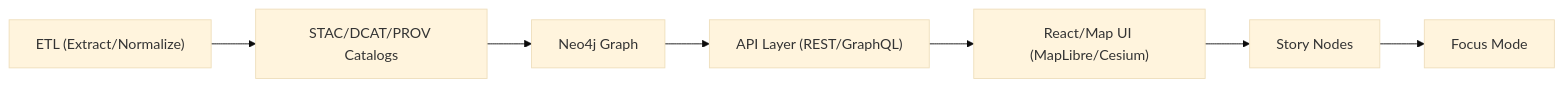
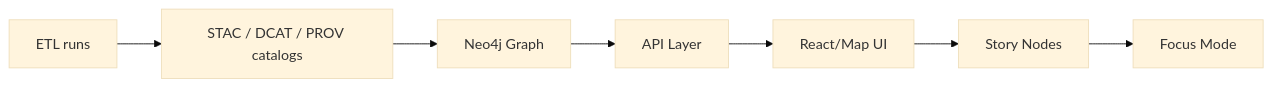
The first of 2 diagrams in docs/architecture/README.md (bartytime4life/Kansas-Frontier-Matrix), drawn with Mermaid (base theme) before and after one commit. The commit also changed other lines of this file, not shown here.

```diff
--- a/docs/architecture/README.md
+++ b/docs/architecture/README.md
@@ -153,9 +177,9 @@
 ~~~mermaid
 flowchart LR
-  A["ETL (Extract/Normalize)"] --> B["STAC/DCAT/PROV Catalogs"]
-  B --> C["Neo4j Graph"]
-  C --> D["API Layer (REST/GraphQL)"]
-  D --> E["React/Map UI (MapLibre/Cesium)"]
-  E --> F["Story Nodes"]
-  F --> G["Focus Mode"]
+  A[ETL runs] --> B[STAC / DCAT / PROV catalogs]
+  B --> C[Neo4j Graph]
+  C --> D[API Layer]
+  D --> E[React/Map UI]
+  E --> F[Story Nodes]
+  F --> G[Focus Mode]
 ~~~
```
